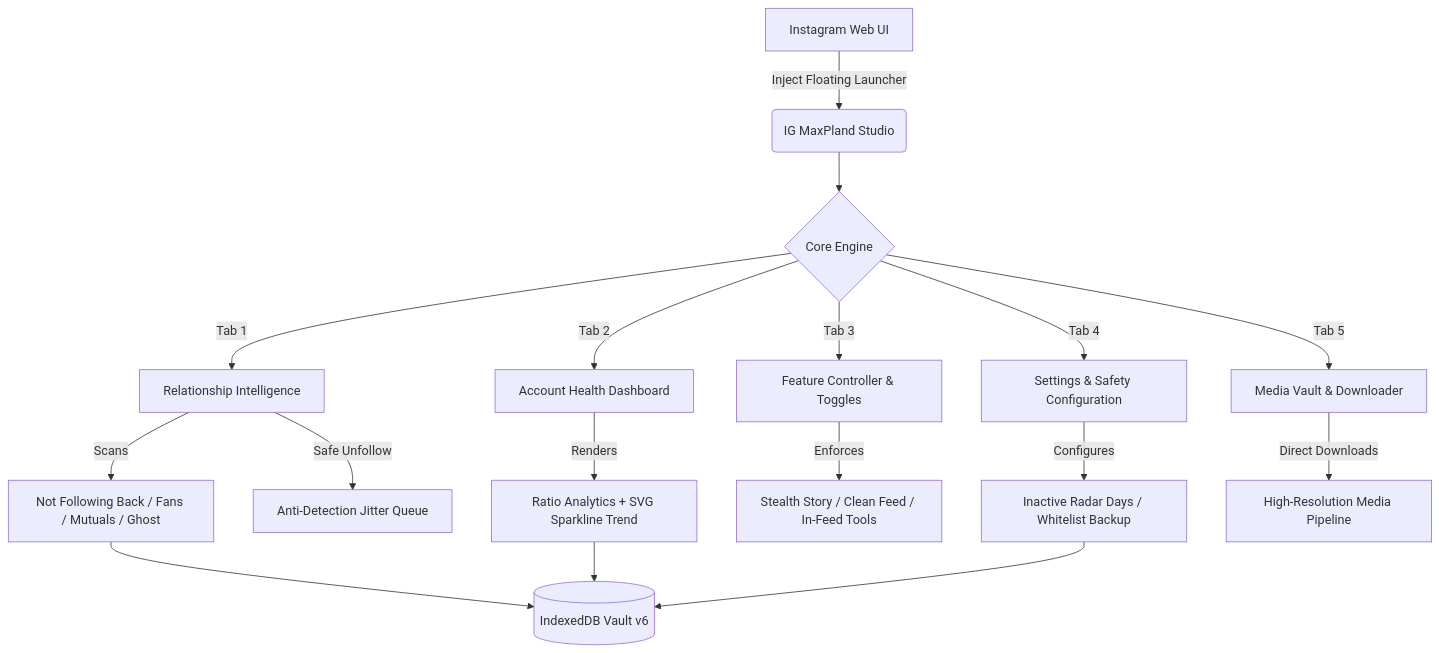
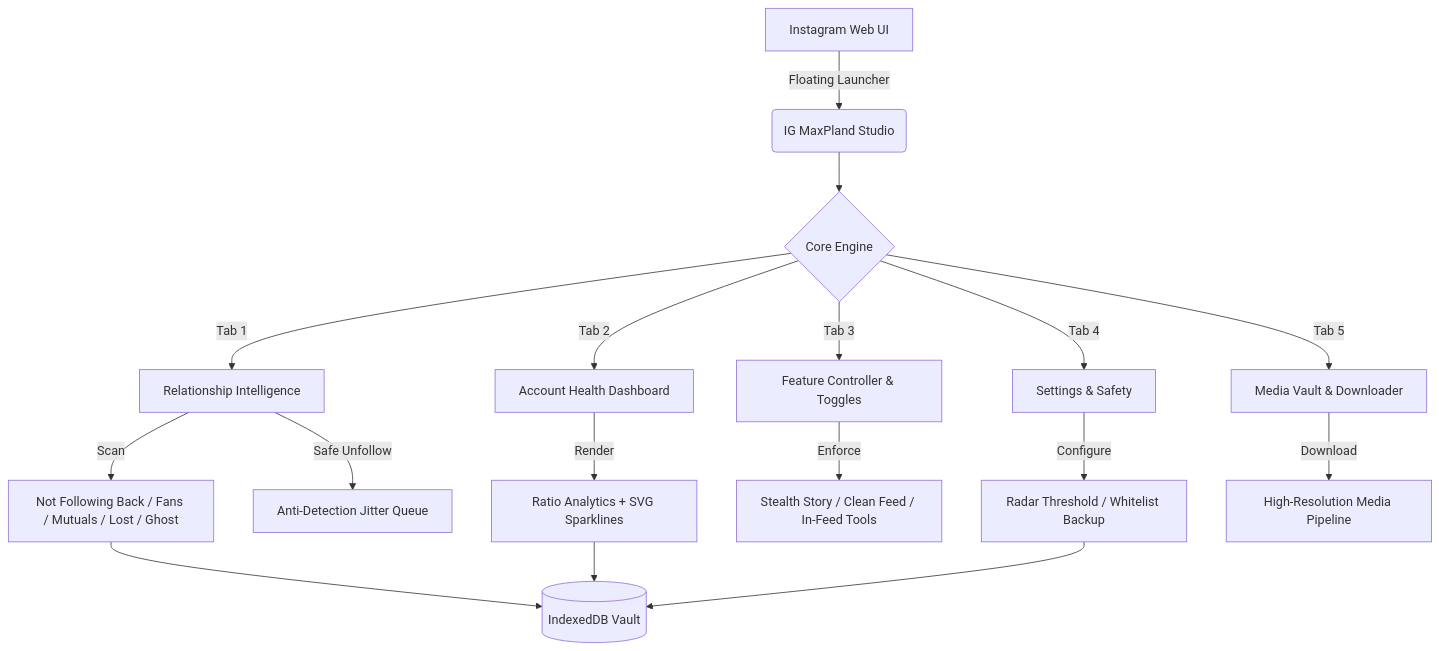
One commit to Stxyu-p/ig-maxpland changed the first of 5 diagrams in README.md. Above: the diagram before and after it, drawn with Mermaid. The commit also changed other lines of this file, not shown here.

First line of the commit message:
docs: replace ASCII blocks with mermaid flows and scannable tables

````diff
--- a/README.md
+++ b/README.md
@@ -78,19 +67,19 @@
 ```mermaid
 graph TD
-    A[Instagram Web UI] -->|Inject Floating Launcher| B(IG MaxPland Studio)
+    A[Instagram Web UI] -->|Floating Launcher| B(IG MaxPland Studio)
     B --> C{Core Engine}
     C -->|Tab 1| D[Relationship Intelligence]
     C -->|Tab 2| E[Account Health Dashboard]
     C -->|Tab 3| F[Feature Controller & Toggles]
-    C -->|Tab 4| G[Settings & Safety Configuration]
+    C -->|Tab 4| G[Settings & Safety]
     C -->|Tab 5| H[Media Vault & Downloader]
-    
-    D -->|Scans| I[Not Following Back / Fans / Mutuals / Ghost]
+
+    D -->|Scan| I[Not Following Back / Fans / Mutuals / Lost / Ghost]
     D -->|Safe Unfollow| J[Anti-Detection Jitter Queue]
-    E -->|Renders| K[Ratio Analytics + SVG Sparkline Trend]
-    F -->|Enforces| L[Stealth Story / Clean Feed / In-Feed Tools]
-    G -->|Configures| M[Inactive Radar Days / Whitelist Backup]
-    H -->|Direct Downloads| N[High-Resolution Media Pipeline]
-    
-    I & K & M --> O[(IndexedDB Vault v6)]
+    E -->|Render| K[Ratio Analytics + SVG Sparklines]
+    F -->|Enforce| L[Stealth Story / Clean Feed / In-Feed Tools]
+    G -->|Configure| M[Radar Threshold / Whitelist Backup]
+    H -->|Download| N[High-Resolution Media Pipeline]
+
+    I & K & M --> O[(IndexedDB Vault)]
 ```
````
